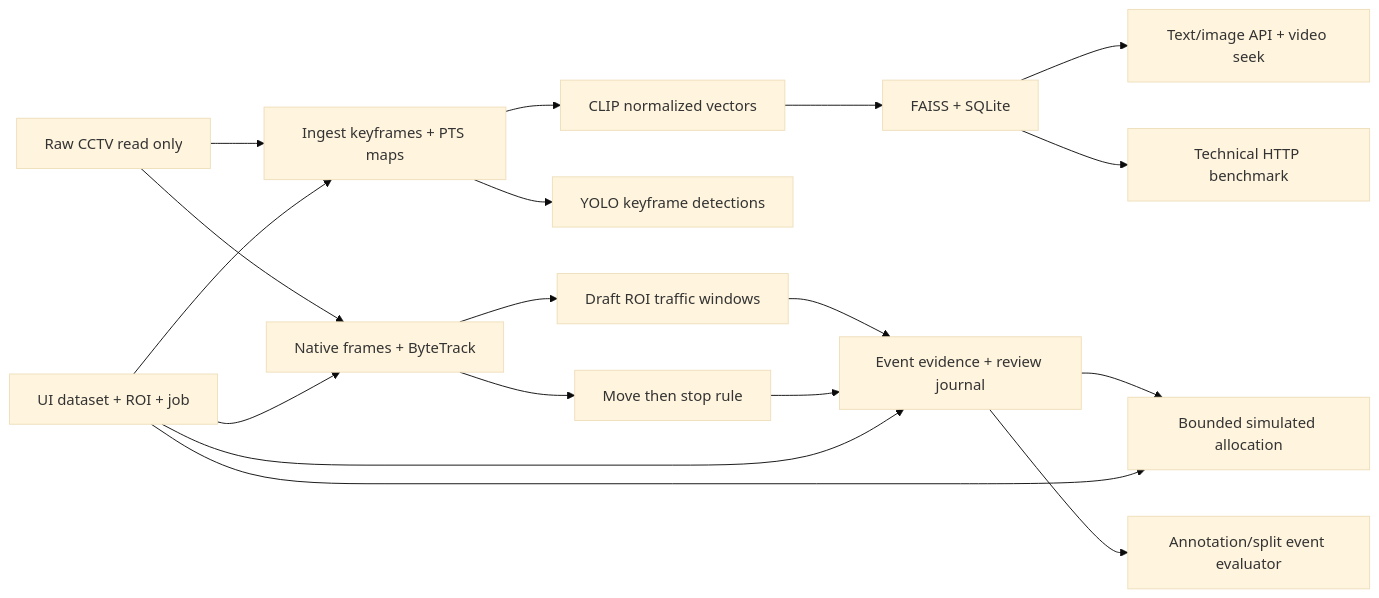
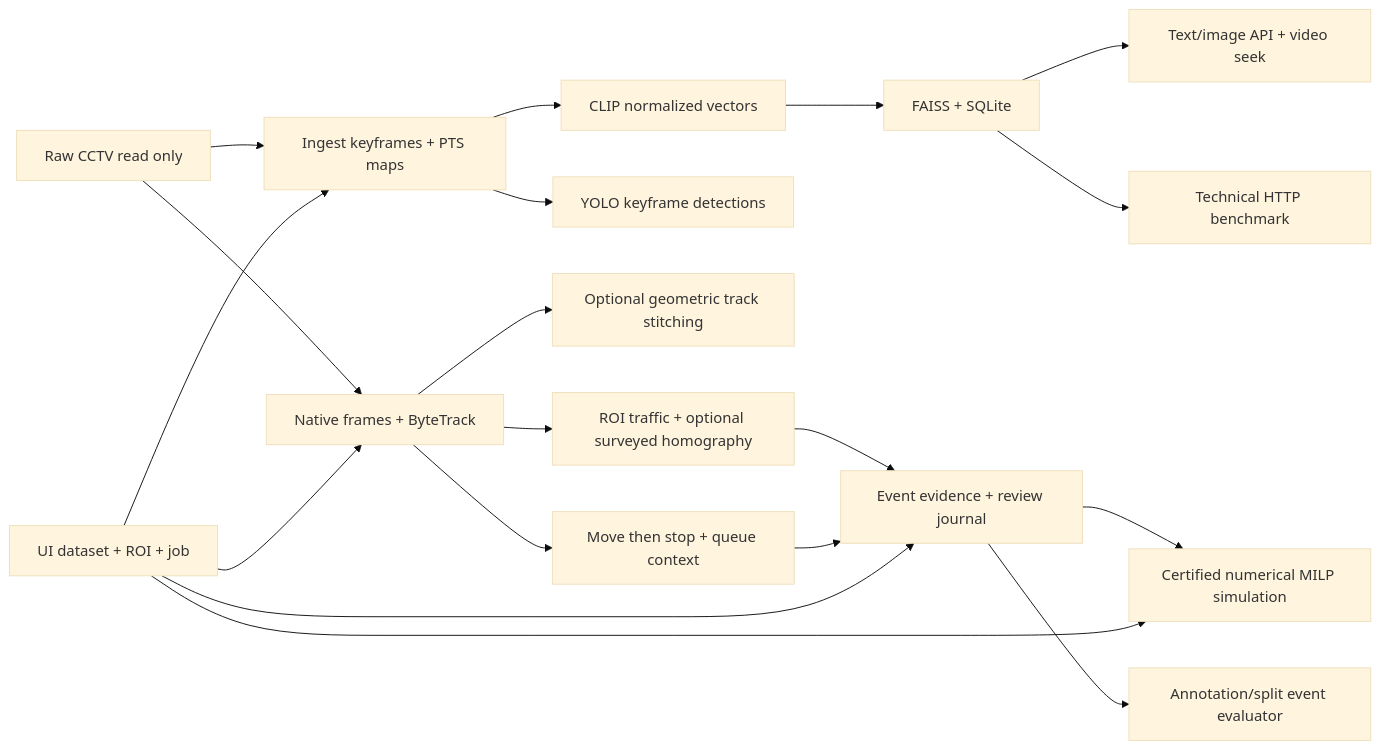
Before and after one commit to DFuc1302/CCTV_keyframes_retrieving: the diagram in docs/CCTV_PROJECT_REPORT.md, drawn with Mermaid (base theme). The commit also changed other lines of this file and 64 other files, not shown here.

````diff
--- a/docs/CCTV_PROJECT_REPORT.md
+++ b/docs/CCTV_PROJECT_REPORT.md
@@ -56,20 +57,21 @@
 ```mermaid
 flowchart LR
     A[Raw CCTV read only] --> B[Ingest keyframes + PTS maps]
     B --> C[CLIP normalized vectors]
     C --> D[FAISS + SQLite]
     D --> E[Text/image API + video seek]
     B --> F[YOLO keyframe detections]
     A --> G[Native frames + ByteTrack]
-    G --> H[Draft ROI traffic windows]
-    G --> I[Move then stop rule]
+    G --> S[Optional geometric track stitching]
+    G --> H[ROI traffic + optional surveyed homography]
+    G --> I[Move then stop + queue context]
     H --> J[Event evidence + review journal]
     I --> J
-    J --> K[Bounded simulated allocation]
+    J --> K[Certified numerical MILP simulation]
     D --> L[Technical HTTP benchmark]
     J --> M[Annotation/split event evaluator]
     U[UI dataset + ROI + job] --> B
     U --> G
     U --> J
     U --> K
 ```
````
